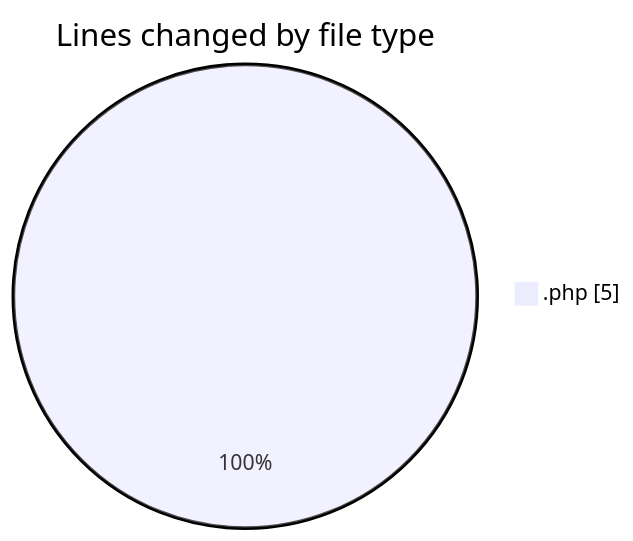
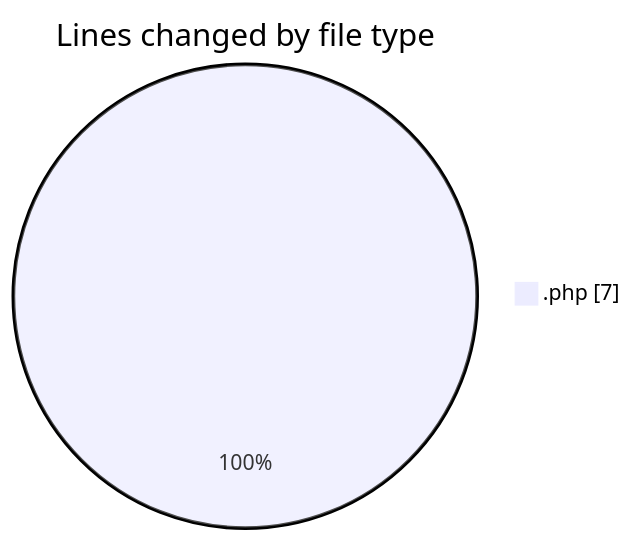
The first of 2 diagrams in 2025-03-30/autodidak/README.md (idhammustaqopulfikri/code-tracking), drawn with Mermaid before and after one commit. The commit also changed other lines of this file and 1 other file, not shown here.

````diff
--- a/2025-03-30/autodidak/README.md
+++ b/2025-03-30/autodidak/README.md
@@ -20,5 +21,5 @@
 ```mermaid
 pie showData
 title Lines changed by file type
-".php" : 5
+".php" : 7
 ```
````
